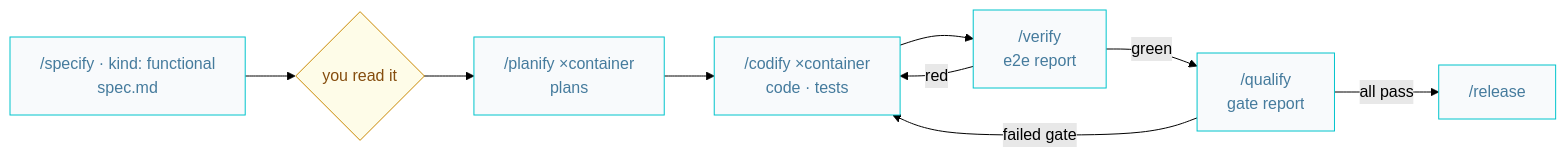
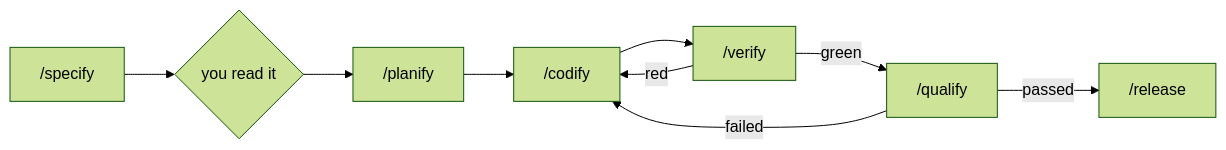
Before and after one commit to AIDDbot/AIDDbot: the third of 4 diagrams in docs/AIDD.workflow.md, drawn with Mermaid (forest theme). The commit also changed other lines of this file and 3 other files, not shown here.

````diff
--- a/docs/AIDD.workflow.md
+++ b/docs/AIDD.workflow.md
@@ -78,14 +63,11 @@
 ```mermaid
 flowchart LR
-  classDef nd fill:#f8fafc,stroke:#00c4cc,color:#457b9d
-  classDef q fill:#fefce8,stroke:#ca8a04,color:#854d0e
-
-  SPEC["/specify · kind: functional<br/>spec.md"]:::nd --> CHK{"you read it"}:::q
-  CHK --> PLAN["/planify ×container<br/>plans"]:::nd
-  PLAN --> CODE["/codify ×container<br/>code · tests"]:::nd
-  CODE --> VER["/verify<br/>e2e report"]:::nd
+  SPEC["/specify"] --> CHECK{you read it}
+  CHECK --> PLAN["/planify"]
+  PLAN --> CODE["/codify"]
+  CODE --> VER["/verify"]
   VER -->|red| CODE
-  VER -->|green| QLF["/qualify<br/>gate report"]:::nd
-  QLF -->|failed gate| CODE
-  QLF -->|all pass| REL["/release"]:::nd
+  VER -->|green| QLF["/qualify"]
+  QLF -->|failed| CODE
+  QLF -->|passed| REL["/release"]
 ```
````
